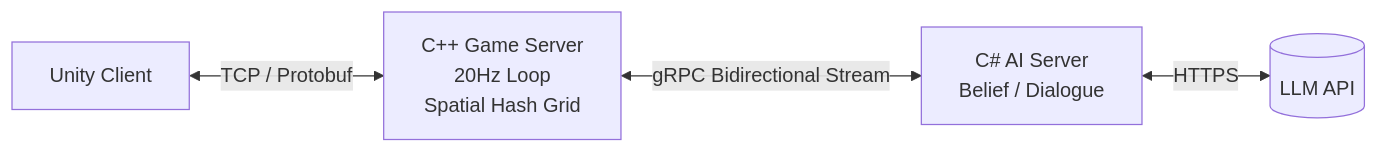
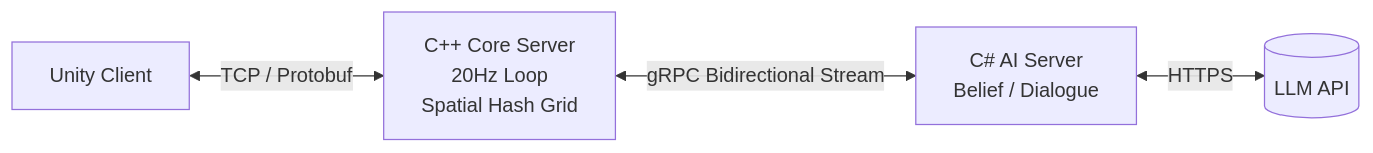
One commit to jin20203458/jin20203458 changed the second of 2 diagrams in README.md. Above: the diagram before and after it, drawn with Mermaid. The commit also changed other lines of this file, not shown here.

````diff
--- a/README.md
+++ b/README.md
@@ -74,6 +74,6 @@
 ```mermaid
 graph LR
-    Unity[Unity Client] <-->|TCP / Protobuf| CPP[C++ Game Server<br/>20Hz Loop<br/>Spatial Hash Grid]
+    Unity[Unity Client] <-->|TCP / Protobuf| CPP[C++ Core Server<br/>20Hz Loop<br/>Spatial Hash Grid]
     CPP <-->|gRPC Bidirectional Stream| CS[C# AI Server<br/>Belief / Dialogue]
     CS <-->|HTTPS| LLM[(LLM API)]
 ```
````
